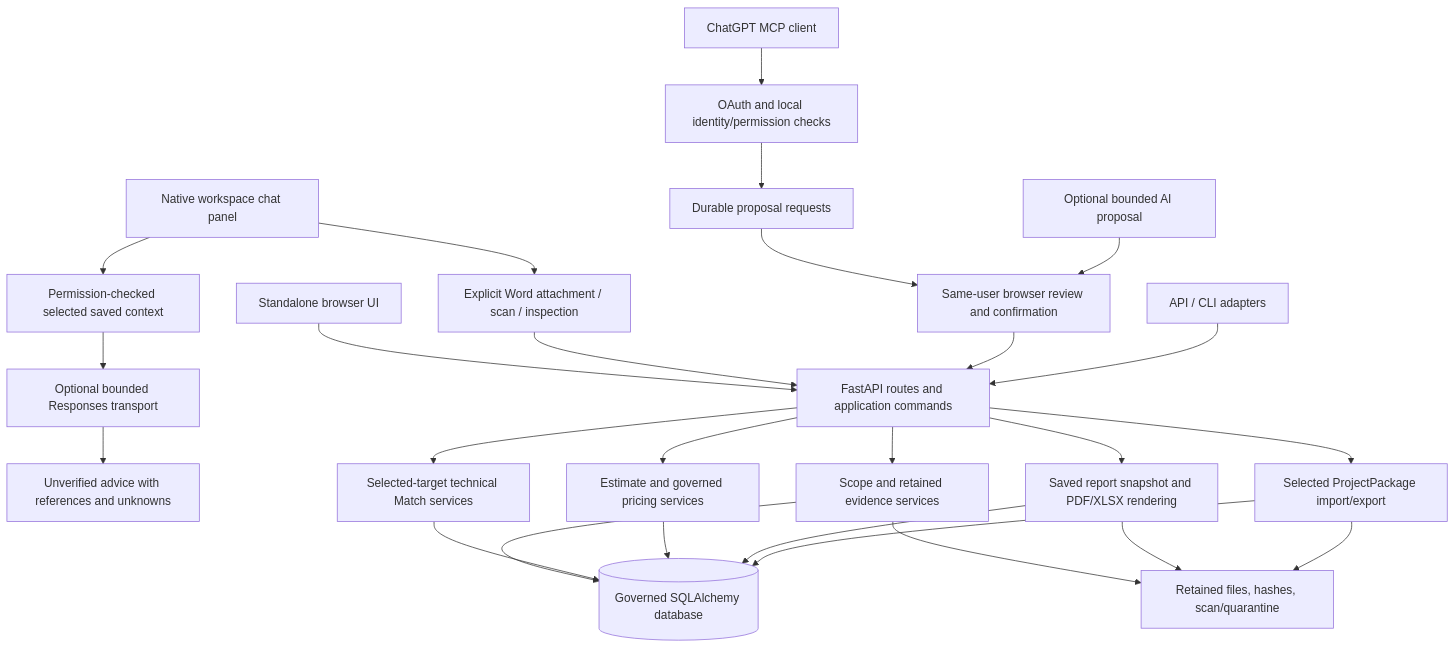
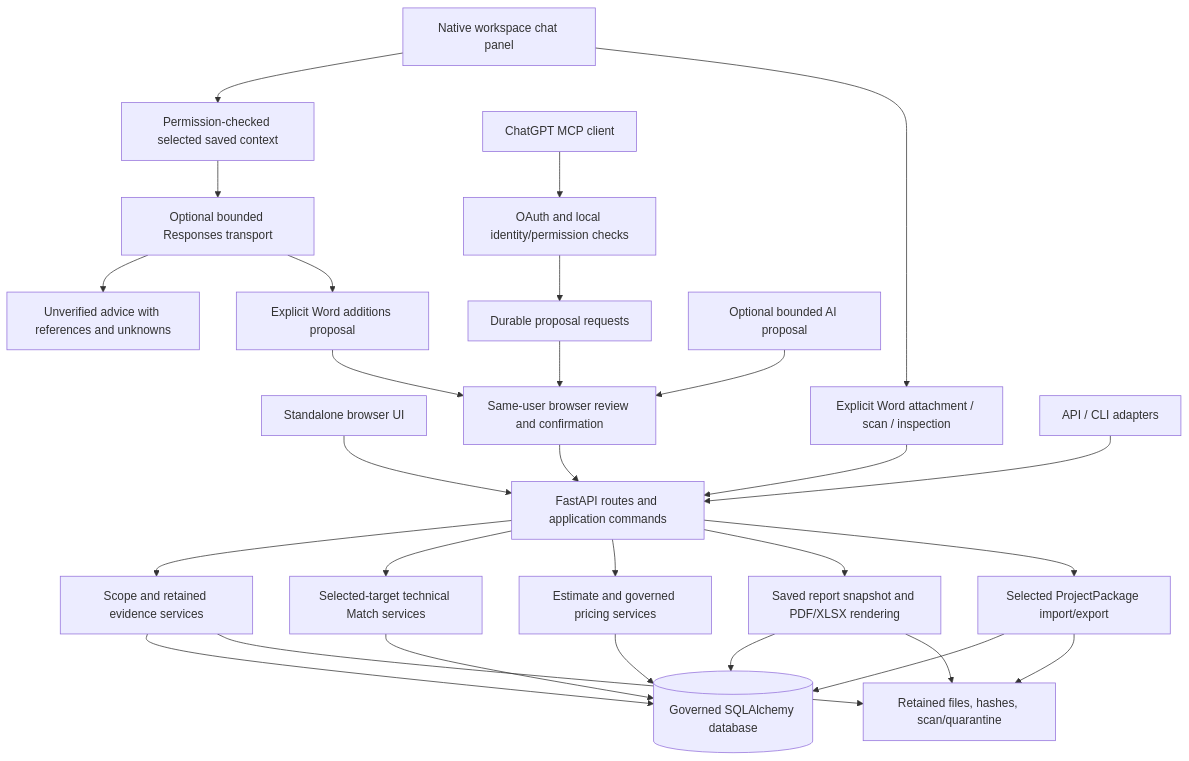
One commit to Slayde91/classifire changed the diagram in docs/CLASSIFIRE_ARCHITECTURE.md. Above: the diagram before and after it, drawn with Mermaid. The commit also changed other lines of this file and 12 other files, not shown here.

````diff
--- a/docs/CLASSIFIRE_ARCHITECTURE.md
+++ b/docs/CLASSIFIRE_ARCHITECTURE.md
@@ -29,28 +29,30 @@
 ```mermaid
 flowchart TD
   UI[Standalone browser UI] --> APP[FastAPI routes and application commands]
   PANEL[Native workspace chat panel] --> READ[Permission-checked selected saved context]
   PANEL --> WORD[Explicit Word attachment / scan / inspection]
   WORD --> APP
   READ --> PORT[Optional bounded Responses transport]
   PORT --> ADVICE[Unverified advice with references and unknowns]
+  PORT --> ADD[Explicit Word additions proposal]
+  ADD --> HUMAN
   CHAT[ChatGPT MCP client] --> AUTH[OAuth and local identity/permission checks]
   AUTH --> PROPOSE[Durable proposal requests]
   PROPOSE --> HUMAN[Same-user browser review and confirmation]
   HUMAN --> APP
   API[API / CLI adapters] --> APP
   APP --> SCOPE[Scope and retained evidence services]
   APP --> MATCH[Selected-target technical Match services]
   APP --> EST[Estimate and governed pricing services]
   APP --> REPORT[Saved report snapshot and PDF/XLSX rendering]
   APP --> PACK[Selected ProjectPackage import/export]
   SCOPE --> DB[(Governed SQLAlchemy database)]
   MATCH --> DB
   EST --> DB
   REPORT --> DB
   PACK --> DB
   SCOPE --> STORE[Retained files, hashes, scan/quarantine]
   REPORT --> STORE
   PACK --> STORE
   AI[Optional bounded AI proposal] --> HUMAN
 ```
````
